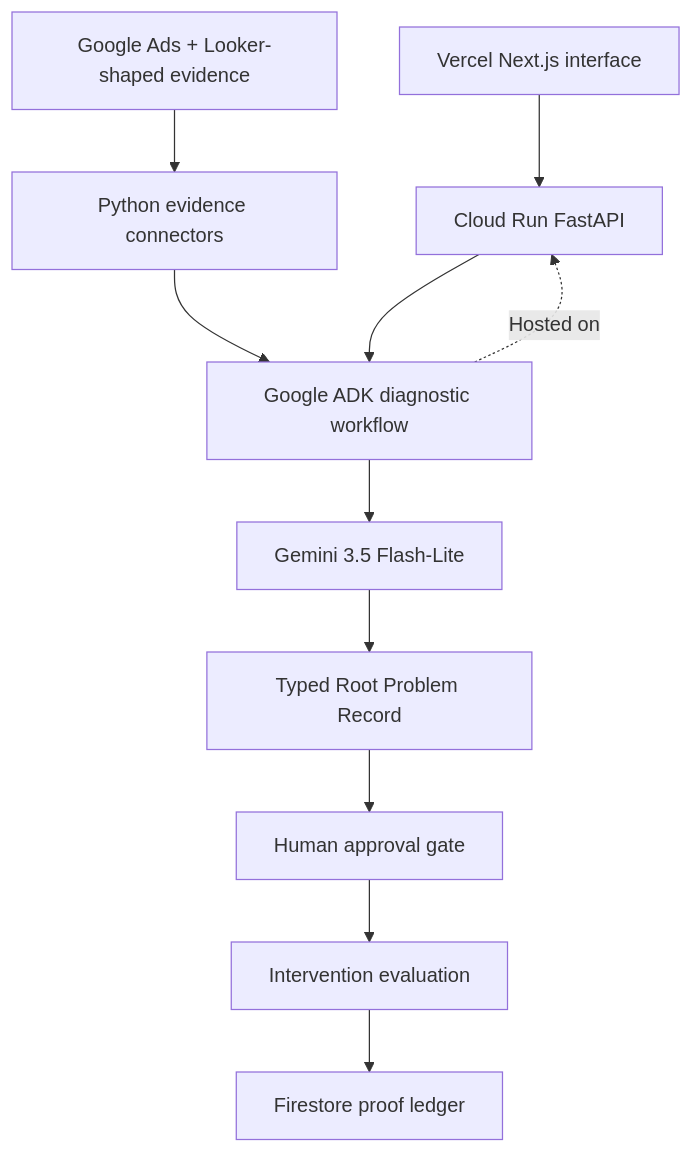
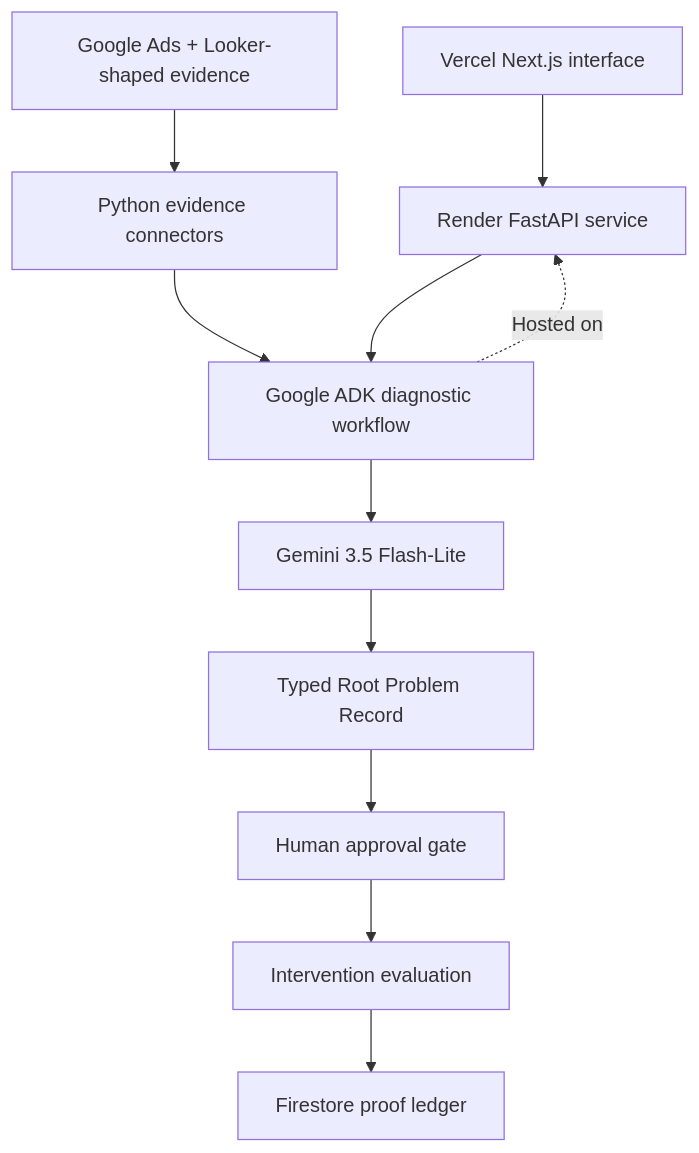
Before and after one commit to vivienk/proofloop: the first of 2 diagrams in ARCHITECTURE.md, drawn with Mermaid. The commit also changed other lines of this file and 5 other files, not shown here.

````diff
--- a/ARCHITECTURE.md
+++ b/ARCHITECTURE.md
@@ -3,13 +3,13 @@
 ```mermaid
 flowchart TD
-    A["Vercel Next.js interface"] --> B["Cloud Run FastAPI"]
+    A["Vercel Next.js interface"] --> B["Render FastAPI service"]
     C["Google Ads + Looker-shaped evidence"] --> D["Python evidence connectors"]
     D --> E["Google ADK diagnostic workflow"]
     B --> E
     E --> F["Gemini 3.5 Flash-Lite"]
     F --> G["Typed Root Problem Record"]
     G --> H["Human approval gate"]
     H --> I["Intervention evaluation"]
     I --> J["Firestore proof ledger"]
     E -. "Hosted on" .-> B
 ```
````
